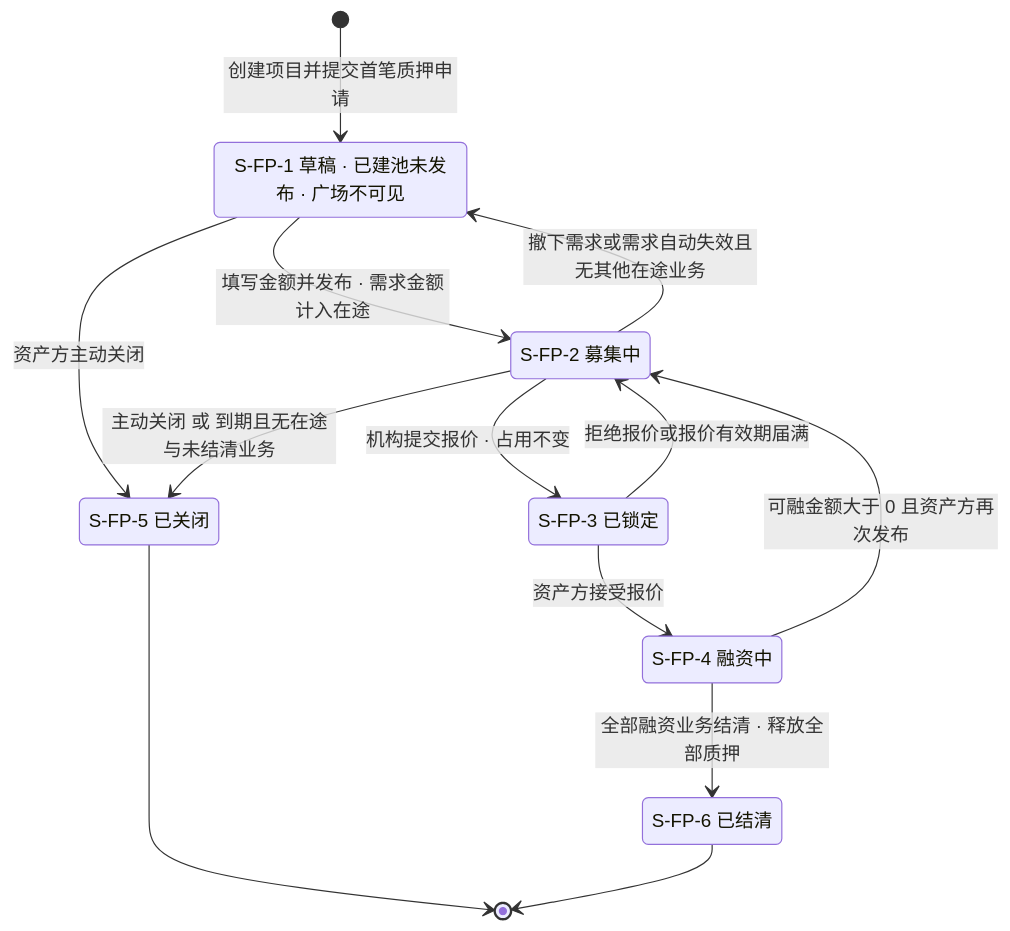
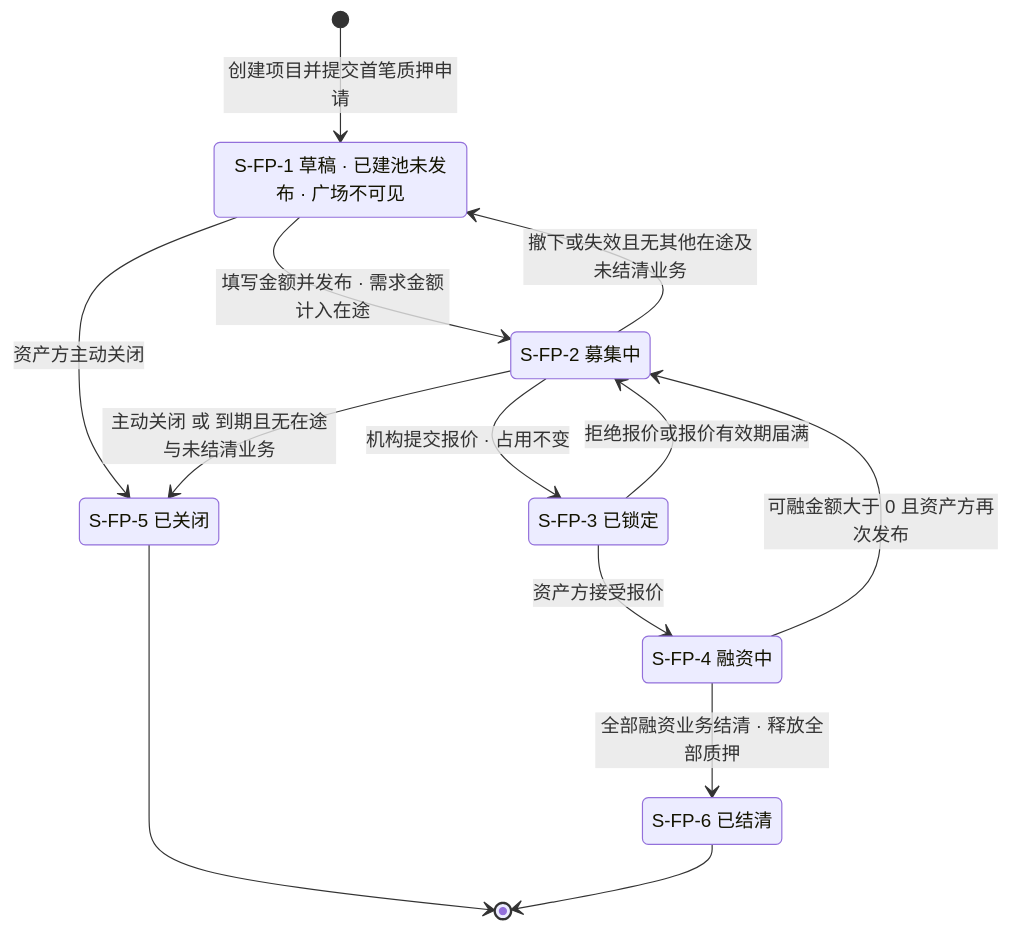
Before and after one commit to wxblockchain/Chain-Financing: the eighth of 10 diagrams in lending-platform/PRD/v1.0-借贷广场-融资需求与代币质押/v1.0-借贷广场-融资需求与代币质押-流程图与状态机.md, drawn with Mermaid. The commit also changed other lines of this file and 13 other files, not shown here.

````diff
--- a/lending-platform/PRD/v1.0-借贷广场-融资需求与代币质押/v1.0-借贷广场-融资需求与代币质押-流程图与状态机.md
+++ b/lending-platform/PRD/v1.0-借贷广场-融资需求与代币质押/v1.0-借贷广场-融资需求与代币质押-流程图与状态机.md
@@ -174,21 +206,21 @@
 ```mermaid
 stateDiagram-v2
   [*] --> S_FP_1: 创建项目并提交首笔质押申请
   S_FP_1: S-FP-1 草稿 · 已建池未发布 · 广场不可见
   S_FP_2: S-FP-2 募集中
   S_FP_3: S-FP-3 已锁定
   S_FP_4: S-FP-4 融资中
   S_FP_5: S-FP-5 已关闭
   S_FP_6: S-FP-6 已结清
   S_FP_1 --> S_FP_2: 填写金额并发布 · 需求金额计入在途
-  S_FP_2 --> S_FP_1: 撤下需求或需求自动失效且无其他在途业务
+  S_FP_2 --> S_FP_1: 撤下或失效且无其他在途及未结清业务
   S_FP_2 --> S_FP_3: 机构提交报价 · 占用不变
   S_FP_3 --> S_FP_2: 拒绝报价或报价有效期届满
   S_FP_3 --> S_FP_4: 资产方接受报价
   S_FP_4 --> S_FP_2: 可融金额大于 0 且资产方再次发布
   S_FP_4 --> S_FP_6: 全部融资业务结清 · 释放全部质押
   S_FP_1 --> S_FP_5: 资产方主动关闭
   S_FP_2 --> S_FP_5: 主动关闭 或 到期且无在途与未结清业务
   S_FP_5 --> [*]
   S_FP_6 --> [*]
 ```
````
